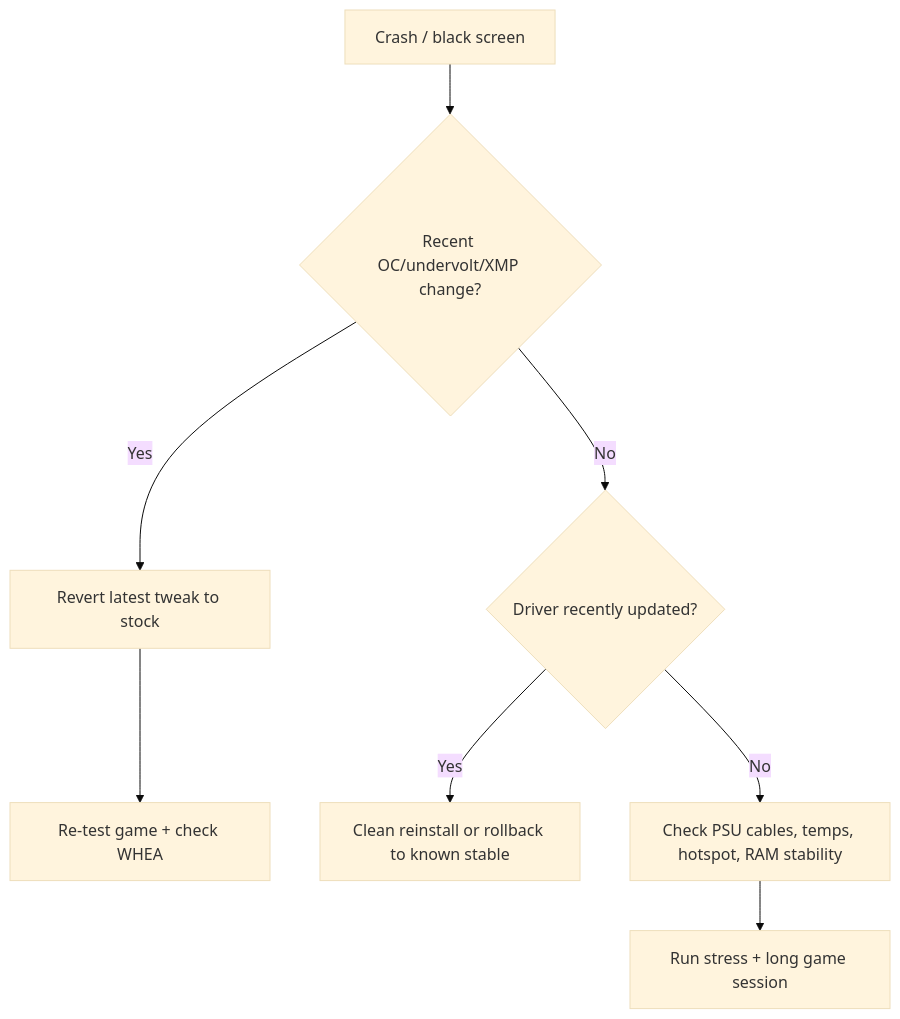
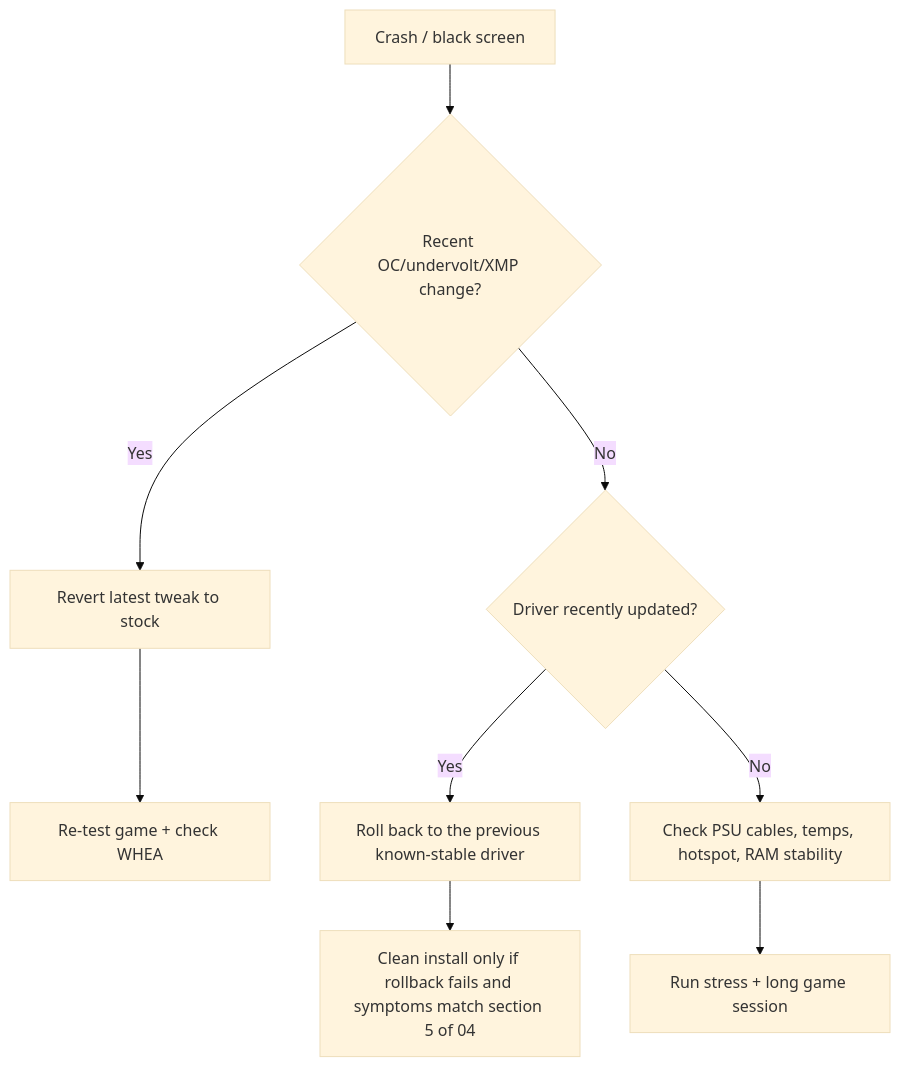
The third of 5 diagrams in docs/15-troubleshooting-decision-trees.md (h4zvenn/gaming-pc-guide), drawn with Mermaid (base theme) before and after one commit. The commit also changed other lines of this file and 31 other files, not shown here.

First line of the commit message:
refactor: technical audit fixes + game section architecture

````diff
--- a/docs/15-troubleshooting-decision-trees.md
+++ b/docs/15-troubleshooting-decision-trees.md
@@ -65,10 +71,11 @@
 ```mermaid
 flowchart TD
-	A[Crash / black screen] --> B{Recent OC/undervolt/XMP change?}
-	B -- Yes --> C[Revert latest tweak to stock]
-	C --> D[Re-test game + check WHEA]
-	B -- No --> E{Driver recently updated?}
-	E -- Yes --> F[Clean reinstall or rollback to known stable]
-	E -- No --> G[Check PSU cables, temps, hotspot, RAM stability]
-	G --> H[Run stress + long game session]
+    A[Crash / black screen] --> B{Recent OC/undervolt/XMP change?}
+    B -- Yes --> C[Revert latest tweak to stock]
+    C --> D[Re-test game + check WHEA]
+    B -- No --> E{Driver recently updated?}
+    E -- Yes --> F[Roll back to the previous known-stable driver]
+    F --> F1[Clean install only if rollback fails and symptoms match section 5 of 04]
+    E -- No --> G[Check PSU cables, temps, hotspot, RAM stability]
+    G --> H[Run stress + long game session]
 ```
````
